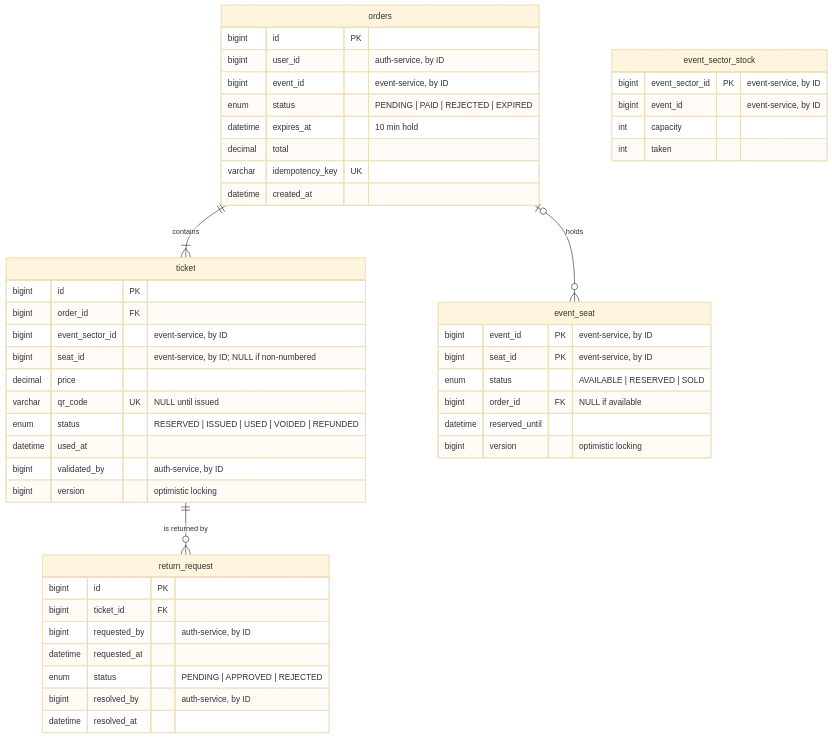
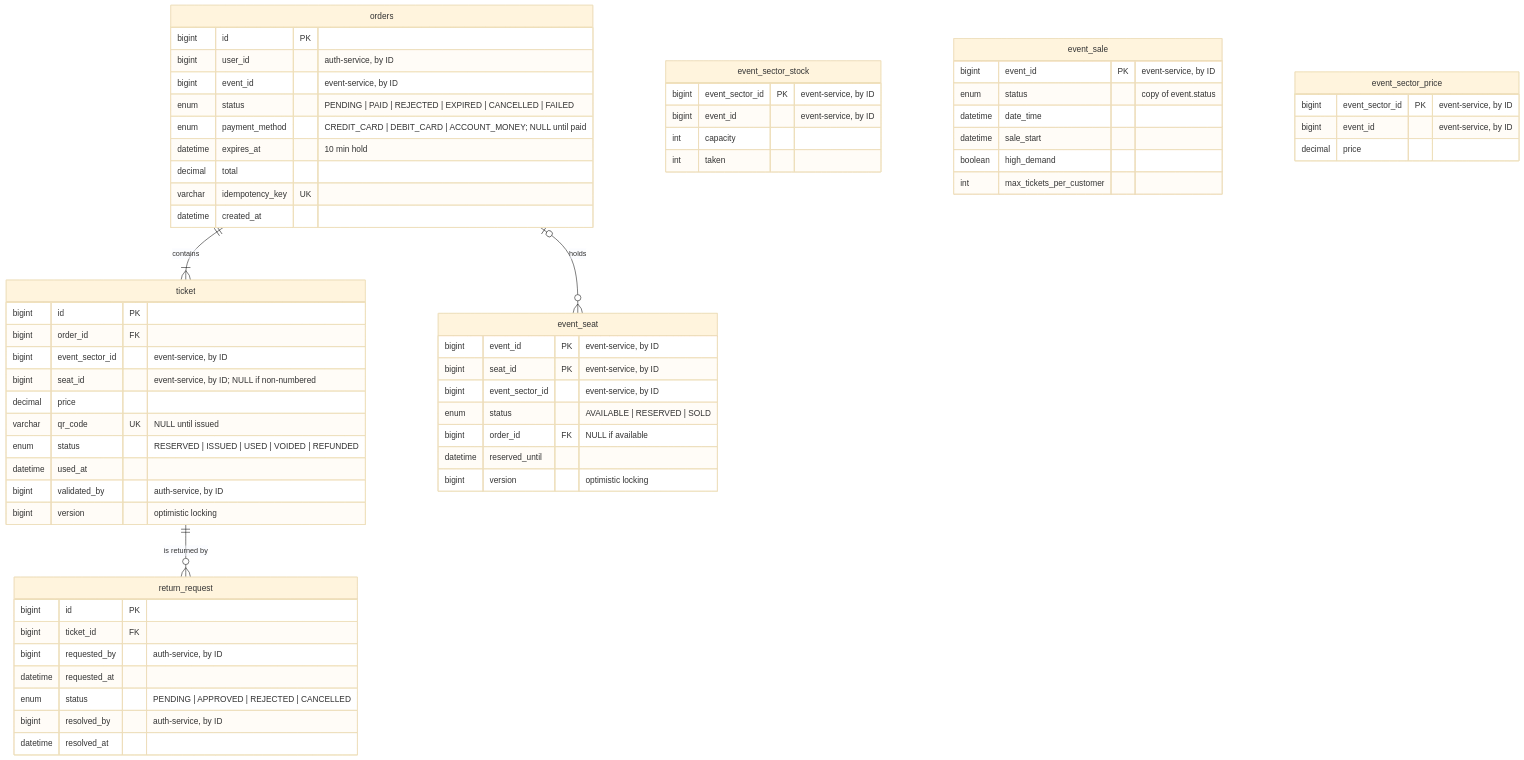
One commit to joaquinblock/TicketYa changed the diagram in docs/architecture/ticket-service.md. Above: the diagram before and after it, drawn with Mermaid (base theme). The commit also changed other lines of this file and 2 other files, not shown here.

First line of the commit message:
docs: add ticket-service user stories

````diff
--- a/docs/architecture/ticket-service.md
+++ b/docs/architecture/ticket-service.md
@@ -9,52 +9,67 @@
 ```mermaid
 erDiagram
     orders ||--|{ ticket : "contains"
     orders |o--o{ event_seat : "holds"
     ticket ||--o{ return_request : "is returned by"
 
     orders {
         bigint id PK
         bigint user_id "auth-service, by ID"
         bigint event_id "event-service, by ID"
-        enum status "PENDING | PAID | REJECTED | EXPIRED"
+        enum status "PENDING | PAID | REJECTED | EXPIRED | CANCELLED | FAILED"
+        enum payment_method "CREDIT_CARD | DEBIT_CARD | ACCOUNT_MONEY; NULL until paid"
         datetime expires_at "10 min hold"
         decimal total
         varchar idempotency_key UK
         datetime created_at
     }
     event_seat {
         bigint event_id PK "event-service, by ID"
         bigint seat_id PK "event-service, by ID"
+        bigint event_sector_id "event-service, by ID"
         enum status "AVAILABLE | RESERVED | SOLD"
         bigint order_id FK "NULL if available"
         datetime reserved_until
         bigint version "optimistic locking"
     }
     event_sector_stock {
         bigint event_sector_id PK "event-service, by ID"
         bigint event_id "event-service, by ID"
         int capacity
         int taken
+    }
+    event_sale {
+        bigint event_id PK "event-service, by ID"
+        enum status "copy of event.status"
+        datetime date_time
+        datetime sale_start
+        boolean high_demand
+        int max_tickets_per_customer
+    }
+    event_sector_price {
+        bigint event_sector_id PK "event-service, by ID"
+        bigint event_id "event-service, by ID"
+        decimal price
     }
     ticket {
         bigint id PK
         bigint order_id FK
         bigint event_sector_id "event-service, by ID"
         bigint seat_id "event-service, by ID; NULL if non-numbered"
         decimal price
         varchar qr_code UK "NULL until issued"
         enum status "RESERVED | ISSUED | USED | VOIDED | REFUNDED"
         datetime used_at
         bigint validated_by "auth-service, by ID"
         bigint version "optimistic locking"
     }
     return_request {
         bigint id PK
         bigint ticket_id FK
         bigint requested_by "auth-service, by ID"
         datetime requested_at
-        enum status "PENDING | APPROVED | REJECTED"
+        enum status "PENDING | APPROVED | REJECTED | CANCELLED"
         bigint resolved_by "auth-service, by ID"
         datetime resolved_at
     }
 ```
````
